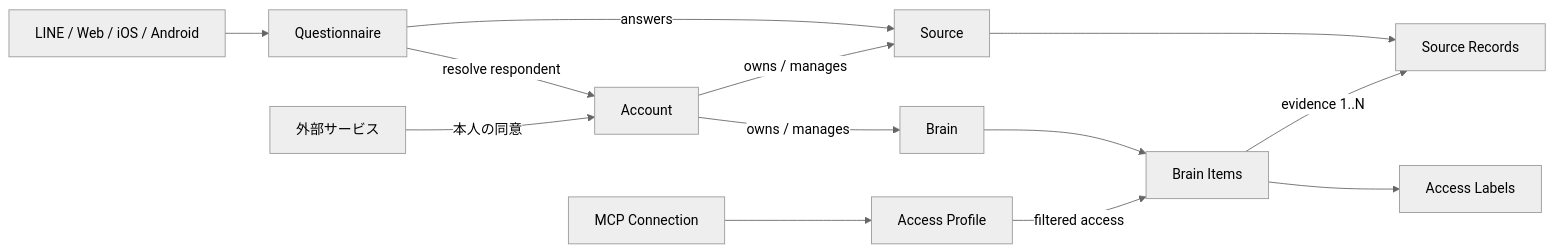
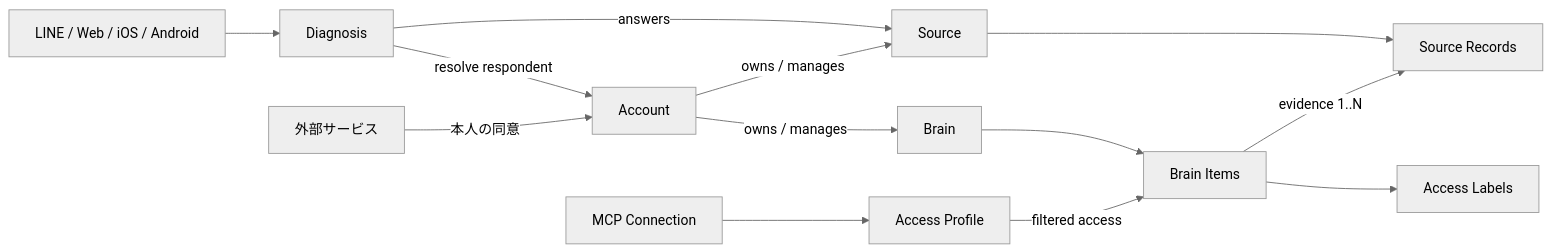
The diagram in docs/domain/domain-design.md (kkyosuke/me-builder), drawn with Mermaid (neutral theme) before and after one commit. The commit also changed other lines of this file and 202 other files, not shown here.

````diff
--- a/docs/domain/domain-design.md
+++ b/docs/domain/domain-design.md
@@ -23,15 +23,15 @@
 ```mermaid
 flowchart LR
-    UI[LINE / Web / iOS / Android] --> Q[Questionnaire]
+    UI[LINE / Web / iOS / Android] --> Q[Diagnosis]
     Q -->|resolve respondent| A[Account]
     Q -->|answers| S[Source]
     EXT[外部サービス] -->|本人の同意| A
     A -->|owns / manages| S[Source]
     A -->|owns / manages| B[Brain]
     S --> SR[Source Records]
     B --> I[Brain Items]
     I -->|evidence 1..N| SR
     I --> L[Access Labels]
     MCP[MCP Connection] --> P[Access Profile]
     P -->|filtered access| I
 ```
````
